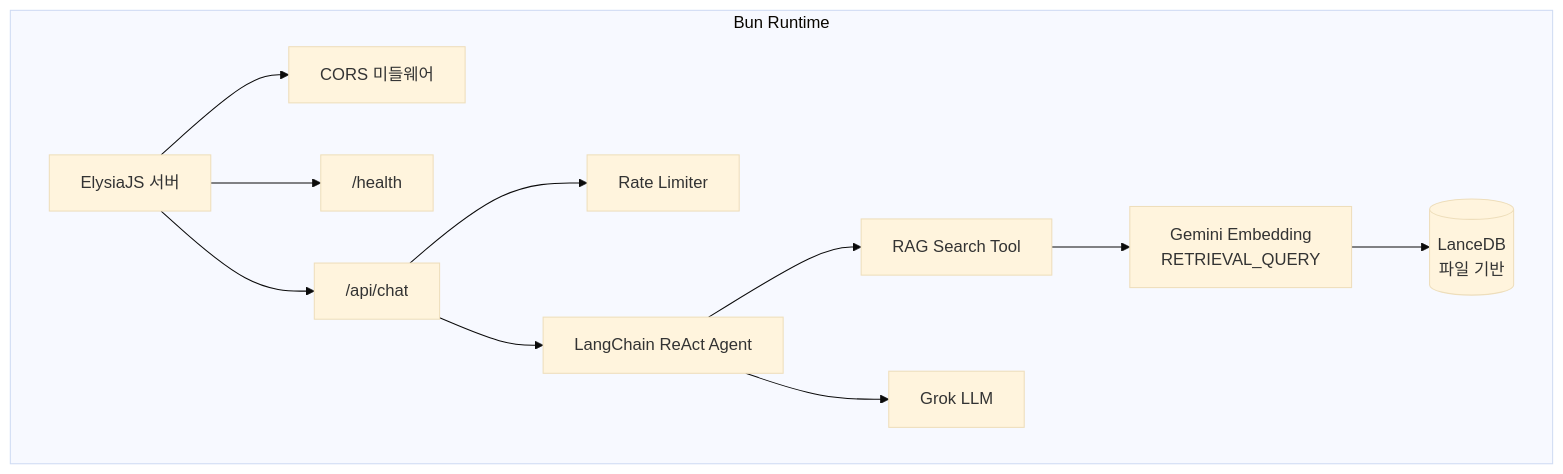
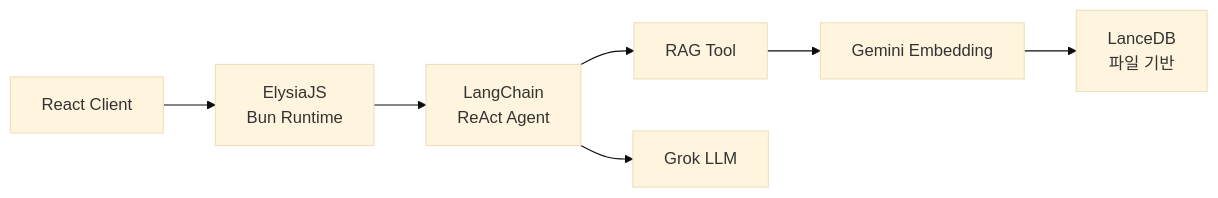
The diagram in data/content/notes/chatbot-tech-stack.md (genie49/genie-cv), drawn with Mermaid (base theme) before and after one commit. The commit also changed other lines of this file and 2 other files, not shown here.

````diff
--- a/data/content/notes/chatbot-tech-stack.md
+++ b/data/content/notes/chatbot-tech-stack.md
@@ -53,14 +19,9 @@
 ```mermaid
-flowchart TB
-    subgraph "Bun Runtime"
-        Elysia[ElysiaJS 서버] --> CORS[CORS 미들웨어]
-        Elysia --> Health["/health"]
-        Elysia --> Chat["/api/chat"]
-        Chat --> RateLimit[Rate Limiter]
-        Chat --> Agent[LangChain ReAct Agent]
-        Agent --> RAG[RAG Search Tool]
-        RAG --> Retriever[Gemini Embedding<br/>RETRIEVAL_QUERY]
-        Retriever --> LanceDB[(LanceDB<br/>파일 기반)]
-        Agent --> LLM[Grok LLM]
-    end
+flowchart LR
+    Client["React Client"] --> Elysia["ElysiaJS<br/>Bun Runtime"]
+    Elysia --> Agent["LangChain<br/>ReAct Agent"]
+    Agent --> RAG["RAG Tool"]
+    Agent --> LLM["Grok LLM"]
+    RAG --> Embed["Gemini Embedding"]
+    Embed --> Lance["LanceDB<br/>파일 기반"]
 ```
````
